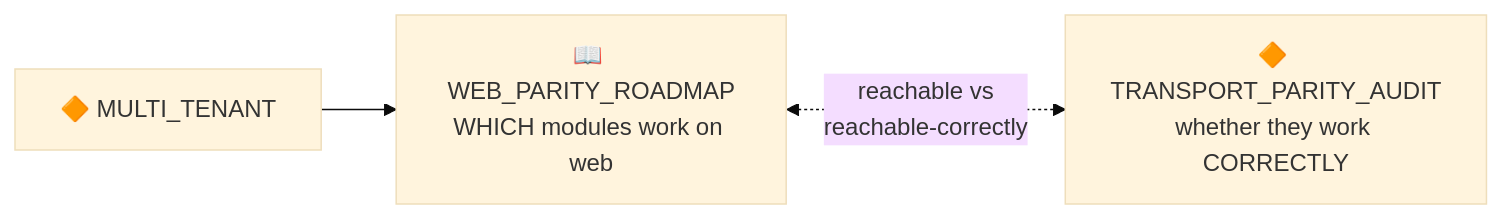
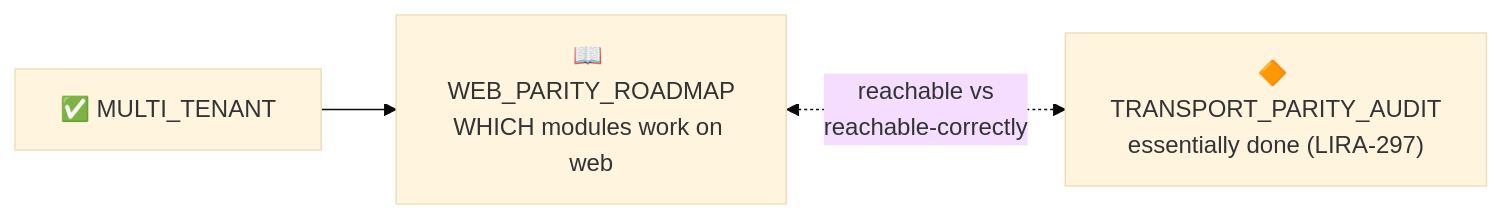
One commit to amirelhalabi/Liratek changed the third of 4 diagrams in docs/plans/ongoing_plans/PLAN_OVERVIEW.md. Above: the diagram before and after it, drawn with Mermaid (base theme). The commit also changed other lines of this file and 11 other files, not shown here.

````diff
--- a/docs/plans/ongoing_plans/PLAN_OVERVIEW.md
+++ b/docs/plans/ongoing_plans/PLAN_OVERVIEW.md
@@ -282,9 +274,9 @@
 ```mermaid
 graph LR
-  MT2["🔶 MULTI_TENANT"]
+  MT2["✅ MULTI_TENANT"]
   WPR["📖 WEB_PARITY_ROADMAP<br/>WHICH modules work on web"]
-  TPA["🔶 TRANSPORT_PARITY_AUDIT<br/>whether they work CORRECTLY"]
+  TPA["🔶 TRANSPORT_PARITY_AUDIT<br/>essentially done (LIRA-297)"]
 
   MT2 --> WPR
   WPR <-.->|"reachable vs<br/>reachable-correctly"| TPA
 ```
````
